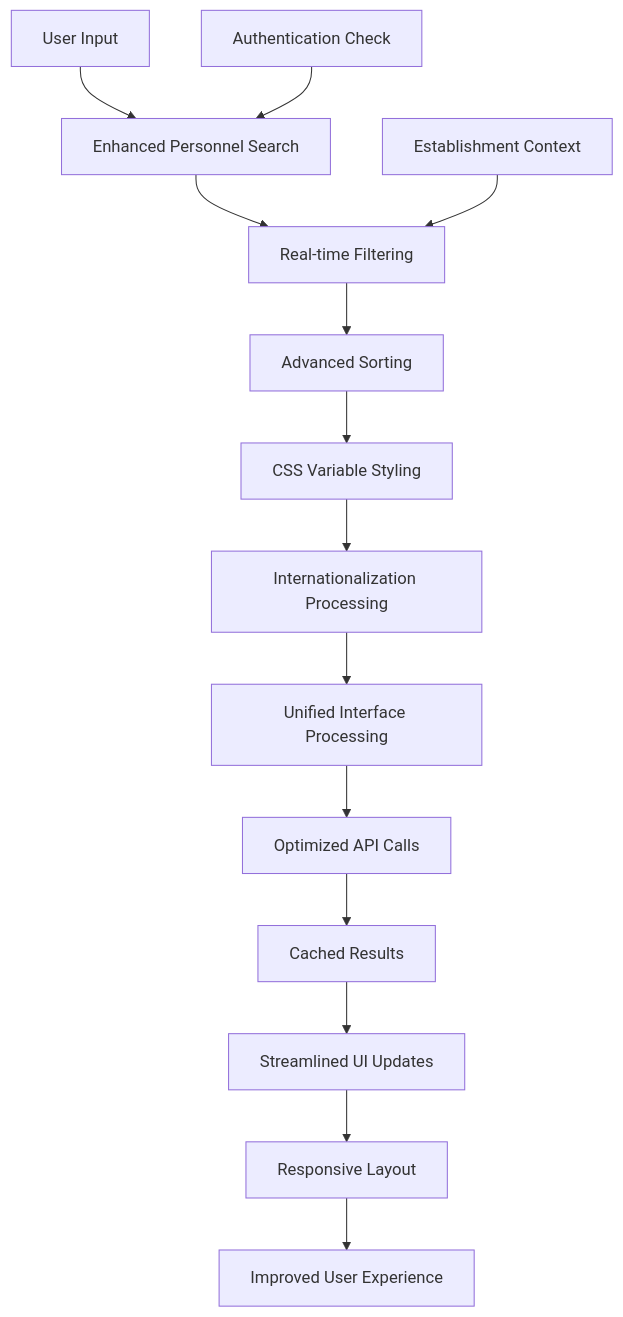
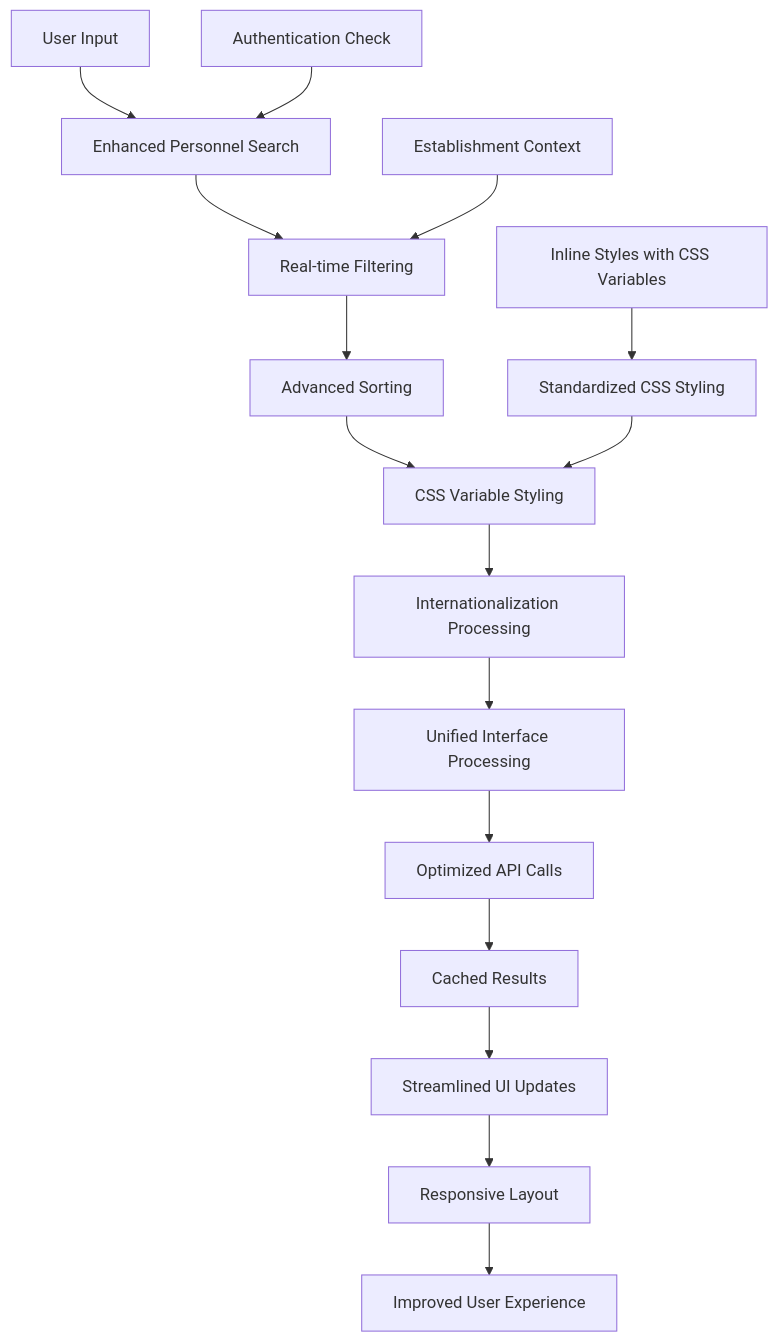
The eighth of 10 diagrams in .qoder/repowiki/en/content/Human Resources Management/Personnel Administration/Organizational Structure.md (franckylab/eLISAschool), drawn with Mermaid before and after one commit. The commit also changed other lines of this file and 270 other files, not shown here.

First line of the commit message:
style(organisation): standardiser le style CSS avec variables dans les composants organigramme

````diff
--- a/.qoder/repowiki/en/content/Human Resources Management/Personnel Administration/Organizational Structure.md
+++ b/.qoder/repowiki/en/content/Human Resources Management/Personnel Administration/Organizational Structure.md
@@ -449,16 +462,18 @@
 ```mermaid
 flowchart TD
 A["User Input"] --> B["Enhanced Personnel Search"]
 B --> C["Real-time Filtering"]
 C --> D["Advanced Sorting"]
 D --> E["CSS Variable Styling"]
 E --> F["Internationalization Processing"]
 F --> G["Unified Interface Processing"]
 G --> H["Optimized API Calls"]
 H --> I["Cached Results"]
 I --> J["Streamlined UI Updates"]
 J --> K["Responsive Layout"]
 K --> L["Improved User Experience"]
 M["Authentication Check"] --> B
 N["Establishment Context"] --> C
+O["Standardized CSS Styling"] --> E
+P["Inline Styles with CSS Variables"] --> O
 ```
````
